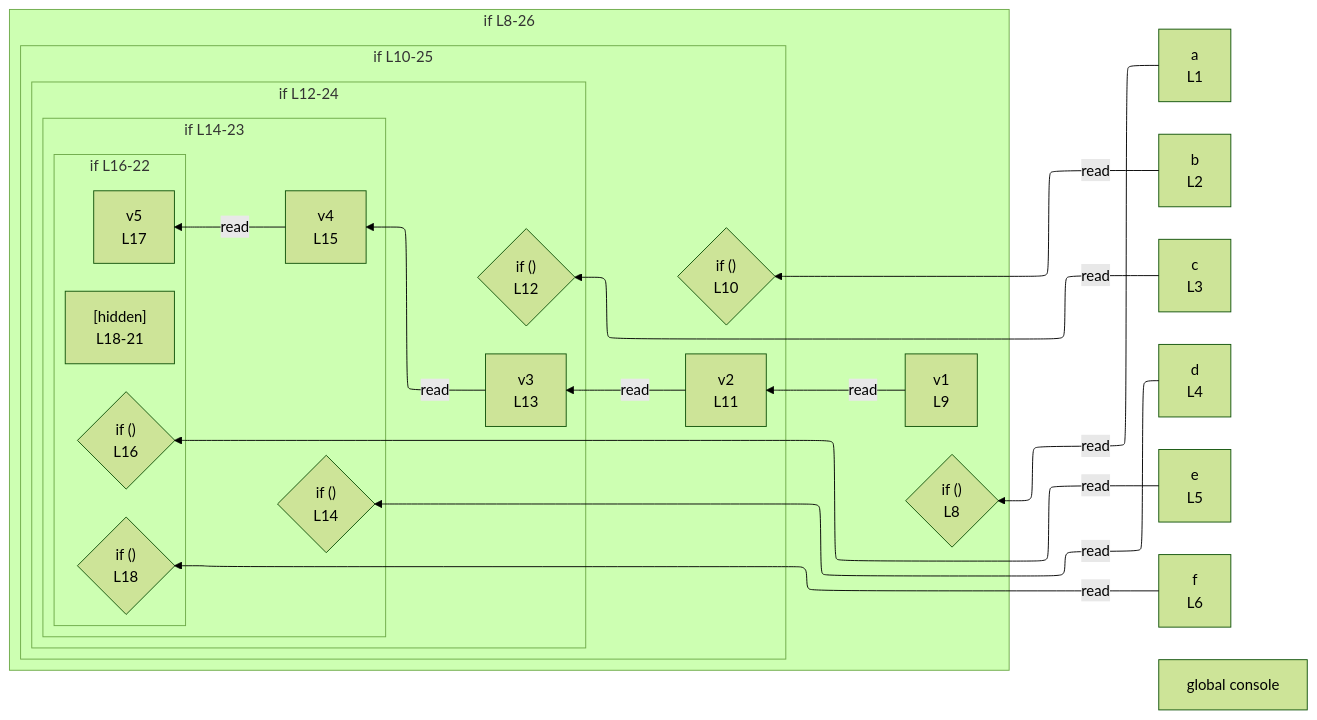
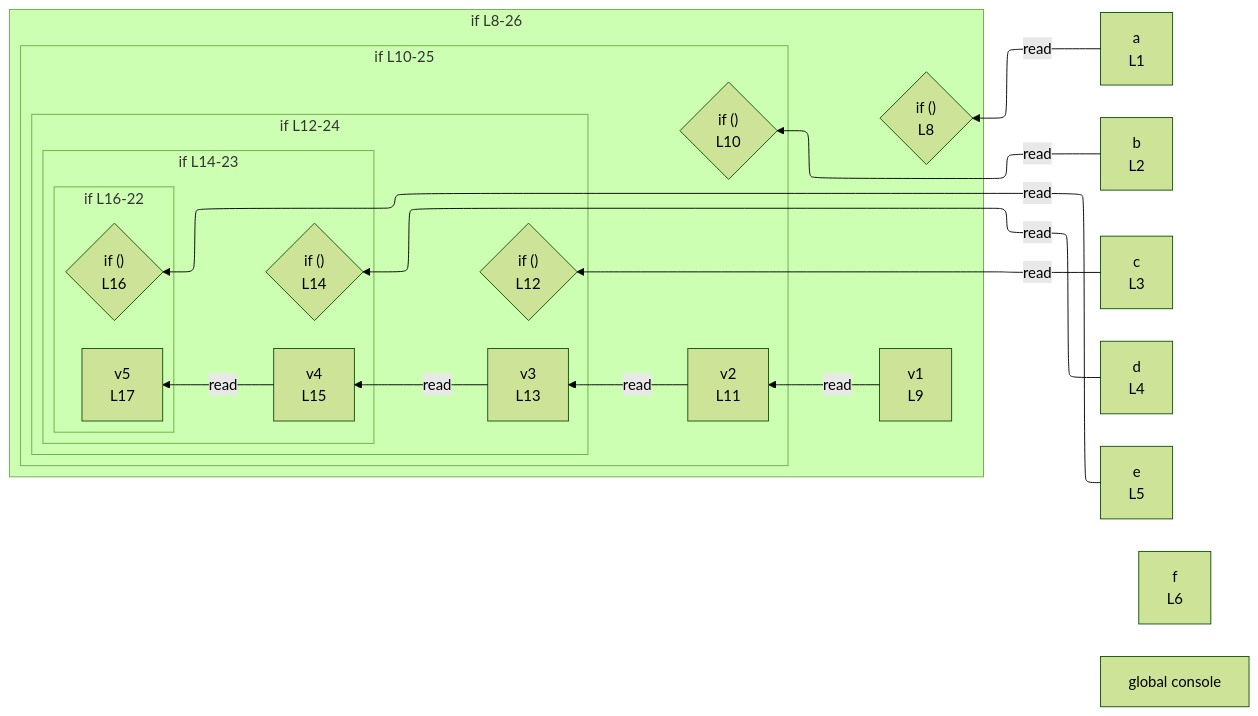
One commit to crescware/unsnarl changed the diagram in integration/fixtures/app-behavior/depth/if/depth-5/preview.md. Above: the diagram before and after it, drawn with Mermaid (forest theme). The commit also changed 96 other files, not shown here.

````diff
--- a/integration/fixtures/app-behavior/depth/if/depth-5/preview.md
+++ b/integration/fixtures/app-behavior/depth/if/depth-5/preview.md
@@ -36,48 +36,45 @@
 ```mermaid
 %%{init: {"flowchart": {"defaultRenderer": "elk"}}}%%
 flowchart RL
   n_scope_0_a_6["a<br/>L1"]
   n_scope_0_b_22["b<br/>L2"]
   n_scope_0_c_38["c<br/>L3"]
   n_scope_0_d_54["d<br/>L4"]
   n_scope_0_e_70["e<br/>L5"]
   n_scope_0_f_86["f<br/>L6"]
   n_scope_0_console_324["global console"]
   subgraph s_scope_1["if L8-26"]
     direction RL
     if_test_scope_0_97{"if ()<br/>L8"}
     n_scope_1_v1_114["v1<br/>L9"]
     subgraph s_scope_2["if L10-25"]
       direction RL
       if_test_scope_1_124{"if ()<br/>L10"}
       n_scope_2_v2_143["v2<br/>L11"]
       subgraph s_scope_3["if L12-24"]
         direction RL
         if_test_scope_2_156{"if ()<br/>L12"}
         n_scope_3_v3_177["v3<br/>L13"]
         subgraph s_scope_4["if L14-23"]
           direction RL
           if_test_scope_3_192{"if ()<br/>L14"}
           n_scope_4_v4_215["v4<br/>L15"]
           subgraph s_scope_5["if L16-22"]
             direction RL
             if_test_scope_4_232{"if ()<br/>L16"}
             n_scope_5_v5_257["v5<br/>L17"]
-            collapsed_scope_6["[hidden]<br/>L18-21"]
-            if_test_scope_5_276{"if ()<br/>L18"}
           end
         end
       end
     end
   end
   n_scope_0_a_6 -->|read| if_test_scope_0_97
   n_scope_0_b_22 -->|read| if_test_scope_1_124
   n_scope_1_v1_114 -->|read| n_scope_2_v2_143
   n_scope_0_c_38 -->|read| if_test_scope_2_156
   n_scope_2_v2_143 -->|read| n_scope_3_v3_177
   n_scope_0_d_54 -->|read| if_test_scope_3_192
   n_scope_3_v3_177 -->|read| n_scope_4_v4_215
   n_scope_0_e_70 -->|read| if_test_scope_4_232
   n_scope_4_v4_215 -->|read| n_scope_5_v5_257
-  n_scope_0_f_86 -->|read| if_test_scope_5_276
 ```
````
